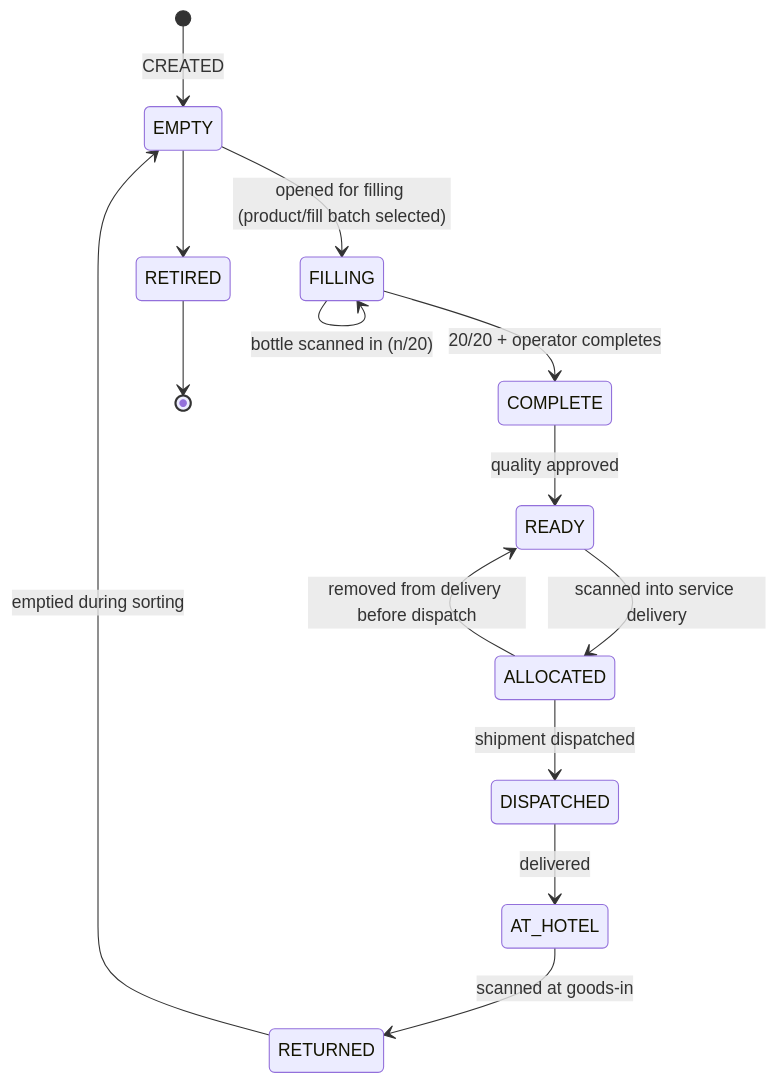
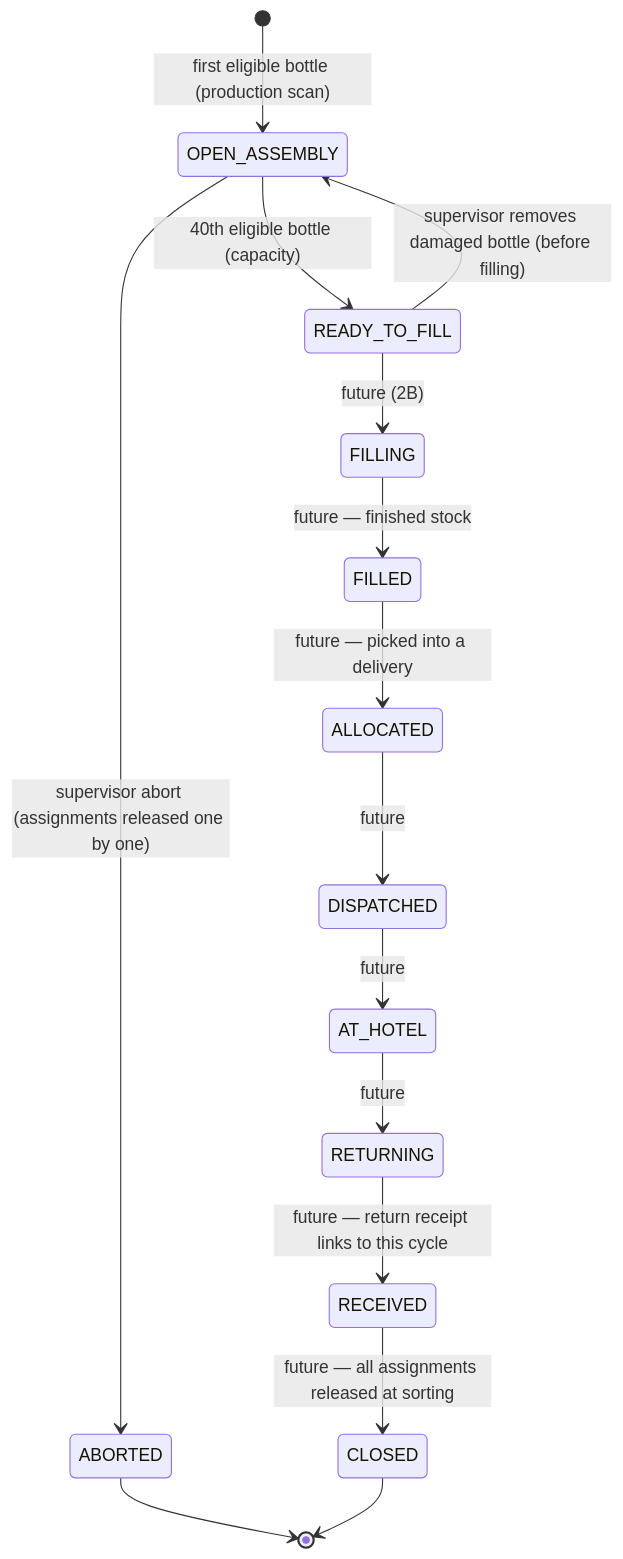
Before and after one commit to ElDiemo/AyvoOS: the diagram in docs/005-crate-lifecycle.md, drawn with Mermaid. The commit also changed other lines of this file and 19 other files, not shown here.

First line of the commit message:
docs: Production Core v0.1 design, crate capacity 40 (ADR 0021), OIDC auth (ADR 0022)

````diff
--- a/docs/005-crate-lifecycle.md
+++ b/docs/005-crate-lifecycle.md
@@ -25,16 +42,17 @@
 ```mermaid
 stateDiagram-v2
-  [*] --> EMPTY: CREATED
-  EMPTY --> FILLING: opened for filling (product/fill batch selected)
-  FILLING --> FILLING: bottle scanned in (n/20)
-  FILLING --> COMPLETE: 20/20 + operator completes
-  COMPLETE --> READY: quality approved
-  READY --> ALLOCATED: scanned into service delivery
-  ALLOCATED --> READY: removed from delivery before dispatch
-  ALLOCATED --> DISPATCHED: shipment dispatched
-  DISPATCHED --> AT_HOTEL: delivered
-  AT_HOTEL --> RETURNED: scanned at goods-in
-  RETURNED --> EMPTY: emptied during sorting
-  EMPTY --> RETIRED
-  RETIRED --> [*]
+  [*] --> OPEN_ASSEMBLY: first eligible bottle (production scan)
+  OPEN_ASSEMBLY --> READY_TO_FILL: 40th eligible bottle (capacity)
+  READY_TO_FILL --> OPEN_ASSEMBLY: supervisor removes damaged bottle (before filling)
+  OPEN_ASSEMBLY --> ABORTED: supervisor abort (assignments released one by one)
+  READY_TO_FILL --> FILLING: future (2B)
+  FILLING --> FILLED: future — finished stock
+  FILLED --> ALLOCATED: future — picked into a delivery
+  ALLOCATED --> DISPATCHED: future
+  DISPATCHED --> AT_HOTEL: future
+  AT_HOTEL --> RETURNING: future
+  RETURNING --> RECEIVED: future — return receipt links to this cycle
+  RECEIVED --> CLOSED: future — all assignments released at sorting
+  ABORTED --> [*]
+  CLOSED --> [*]
 ```
````
